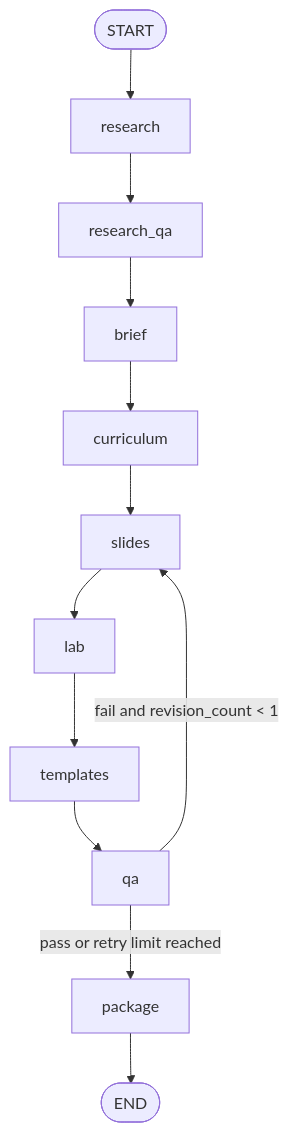
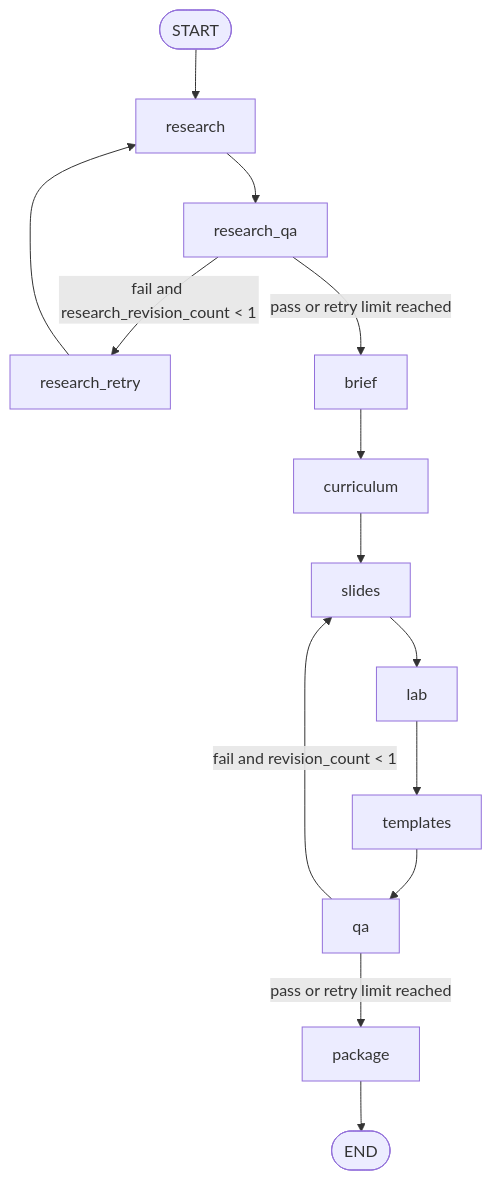
One commit to andersrmr/training-factory changed the diagram in README.md. Above: the diagram before and after it, drawn with Mermaid.

Commit message:
Update README graph diagram

````diff
--- a/README.md
+++ b/README.md
@@ -90,14 +90,16 @@
 ```mermaid
 flowchart TD
     START([START]) --> research[research]
     research --> research_qa[research_qa]
-    research_qa --> brief[brief]
+    research_qa -->|fail and research_revision_count < 1| research_retry[research_retry]
+    research_retry --> research
+    research_qa -->|pass or retry limit reached| brief[brief]
     brief --> curriculum[curriculum]
     curriculum --> slides[slides]
     slides --> lab[lab]
     lab --> templates[templates]
     templates --> qa[qa]
     qa -->|fail and revision_count < 1| slides
     qa -->|pass or retry limit reached| package[package]
     package --> END([END])
 ```
````
